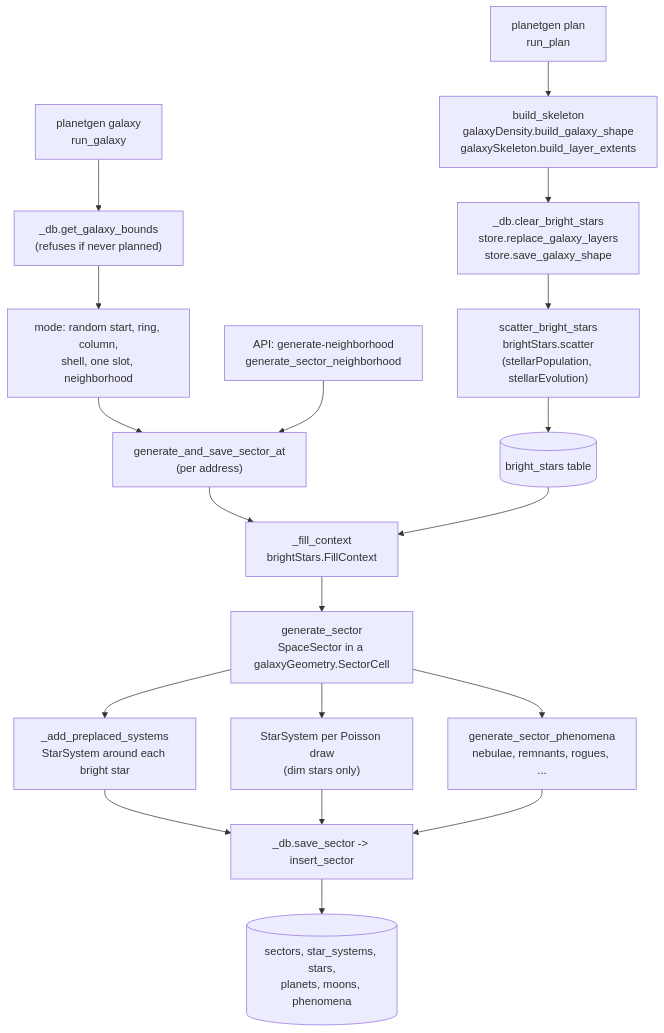
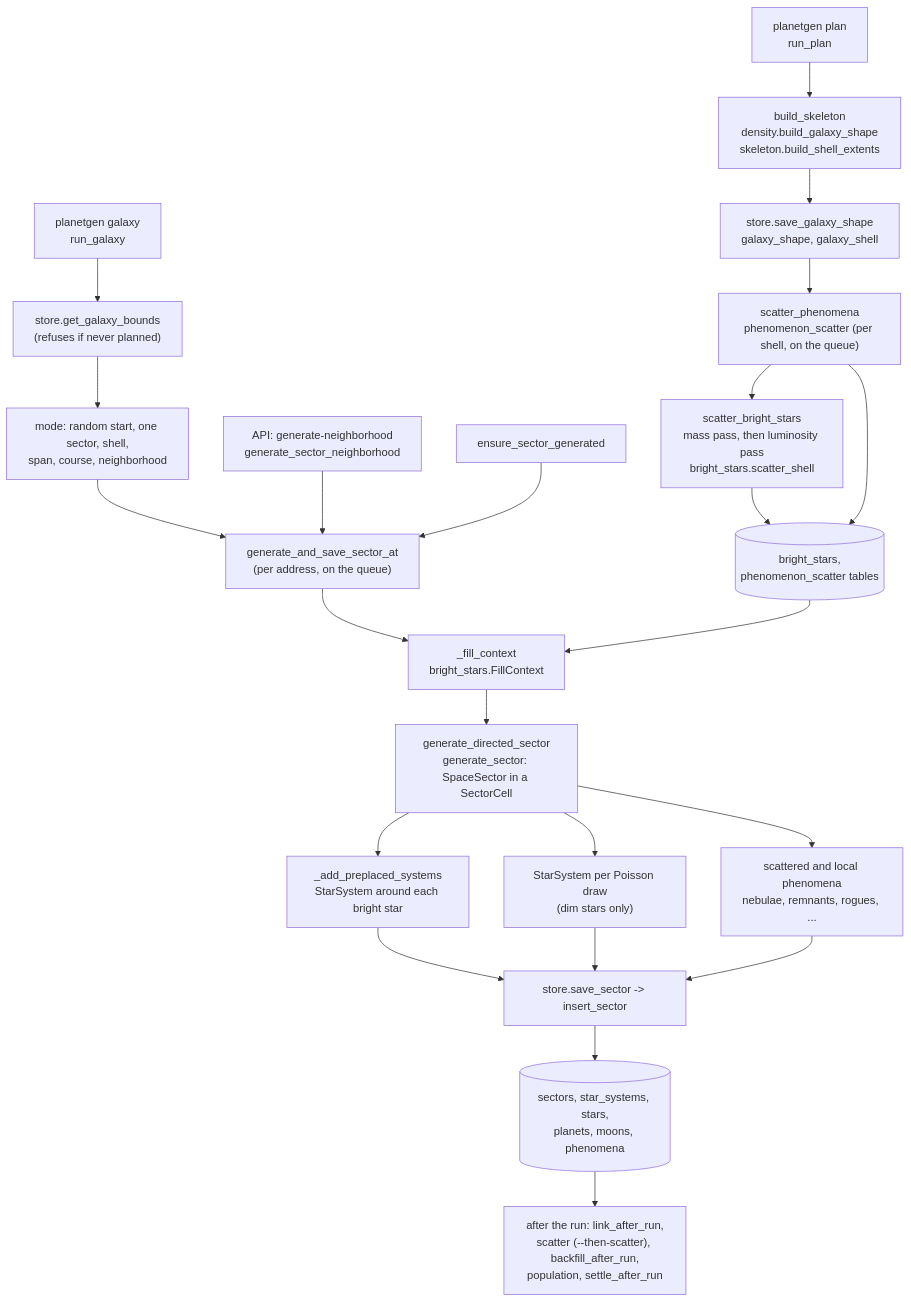
One commit to dwhagar/planetGen changed the second of 8 diagrams in docs/design/architecture.md. Above: the diagram before and after it, drawn with Mermaid. The commit also changed other lines of this file and 1 other file, not shown here.

First line of the commit message:
Rewrite the architecture document's code map and flows for the current code (DOC.27, DOC.28)

````diff
--- a/docs/design/architecture.md
+++ b/docs/design/architecture.md
@@ -425,22 +647,26 @@
 ```mermaid
 flowchart TD
-    Plan["planetgen plan<br/>run_plan"] --> Skel["build_skeleton<br/>galaxyDensity.build_galaxy_shape<br/>galaxySkeleton.build_layer_extents"]
-    Skel --> SaveSkel["_db.clear_bright_stars<br/>store.replace_galaxy_layers<br/>store.save_galaxy_shape"]
-    SaveSkel --> Scatter["scatter_bright_stars<br/>brightStars.scatter<br/>(stellarPopulation, stellarEvolution)"]
-    Scatter --> BS[("bright_stars table")]
+    Plan["planetgen plan<br/>run_plan"] --> Skel["build_skeleton<br/>density.build_galaxy_shape<br/>skeleton.build_shell_extents"]
+    Skel --> SaveSkel["store.save_galaxy_shape<br/>galaxy_shape, galaxy_shell"]
+    SaveSkel --> Phen["scatter_phenomena<br/>phenomenon_scatter (per shell, on the queue)"]
+    Phen --> Scatter["scatter_bright_stars<br/>mass pass, then luminosity pass<br/>bright_stars.scatter_shell"]
+    Scatter --> BS[("bright_stars,<br/>phenomenon_scatter tables")]
+    Phen --> BS
 
-    Galaxy["planetgen galaxy<br/>run_galaxy"] --> Bounds["_db.get_galaxy_bounds<br/>(refuses if never planned)"]
-    Bounds --> Mode["mode: random start, ring, column,<br/>shell, one slot, neighborhood"]
-    Mode --> At["generate_and_save_sector_at<br/>(per address)"]
+    Galaxy["planetgen galaxy<br/>run_galaxy"] --> Bounds["store.get_galaxy_bounds<br/>(refuses if never planned)"]
+    Bounds --> Mode["mode: random start, one sector, shell,<br/>span, course, neighborhood"]
+    Mode --> At["generate_and_save_sector_at<br/>(per address, on the queue)"]
     OnDemand["API: generate-neighborhood<br/>generate_sector_neighborhood"] --> At
-    At --> Fill["_fill_context<br/>brightStars.FillContext"]
+    Lazy["ensure_sector_generated"] --> At
+    At --> Fill["_fill_context<br/>bright_stars.FillContext"]
     BS --> Fill
-    Fill --> GenSec["generate_sector<br/>SpaceSector in a galaxyGeometry.SectorCell"]
+    Fill --> GenSec["generate_directed_sector<br/>generate_sector: SpaceSector in a SectorCell"]
     GenSec --> Pre["_add_preplaced_systems<br/>StarSystem around each bright star"]
     GenSec --> Dim["StarSystem per Poisson draw<br/>(dim stars only)"]
-    GenSec --> Phen["generate_sector_phenomena<br/>nebulae, remnants, rogues, ..."]
-    Pre --> Save["_db.save_sector -> insert_sector"]
+    GenSec --> Ph["scattered and local phenomena<br/>nebulae, remnants, rogues, ..."]
+    Pre --> Save["store.save_sector -> insert_sector"]
     Dim --> Save
-    Phen --> Save
+    Ph --> Save
     Save --> DB[("sectors, star_systems, stars,<br/>planets, moons, phenomena")]
+    DB --> After["after the run: link_after_run,<br/>scatter (--then-scatter), backfill_after_run,<br/>population, settle_after_run"]
 ```
````
